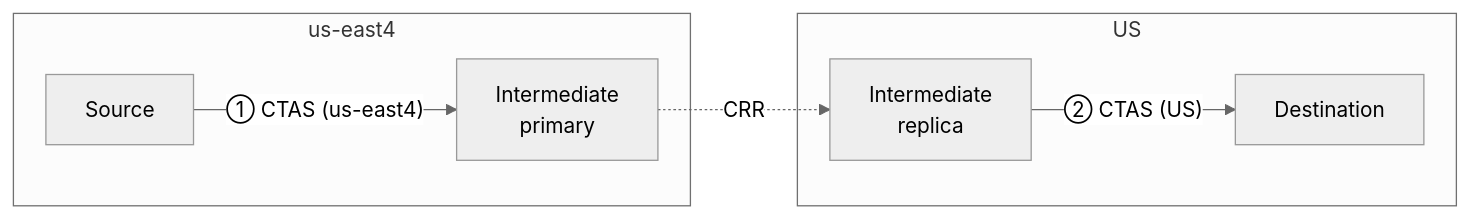
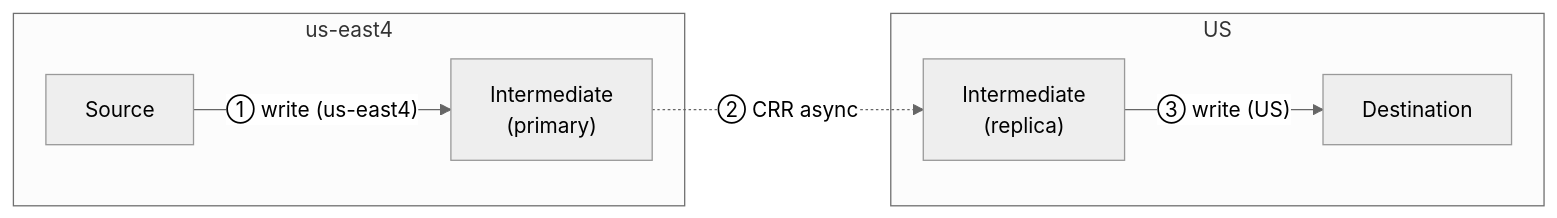
One commit to nikolaybotev/bq-cross-region-test changed the third of 3 diagrams in docs/CROSS_REGION_TEST_REPORT.md. Above: the diagram before and after it, drawn with Mermaid (neutral theme). The commit also changed other lines of this file and 4 other files, not shown here.

````diff
--- a/docs/CROSS_REGION_TEST_REPORT.md
+++ b/docs/CROSS_REGION_TEST_REPORT.md
@@ -88,14 +171,14 @@
 ```mermaid
 flowchart LR
   subgraph e4["us-east4"]
     S[Source]
-    P[Intermediate<br/>primary]
+    P["Intermediate<br/>(primary)"]
   end
   subgraph us["US"]
-    R[Intermediate<br/>replica]
+    R["Intermediate<br/>(replica)"]
     D[Destination]
   end
-  S -->|"① CTAS (us-east4)"| P
-  P -. "CRR" .-> R
-  R -->|"② CTAS (US)"| D
+  S -->|"① write (us-east4)"| P
+  P -. "② CRR async" .-> R
+  R -->|"③ write (US)"| D
 ```
````
